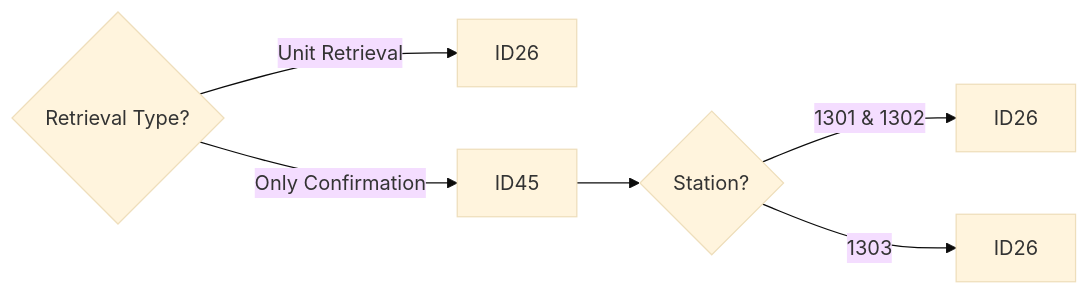
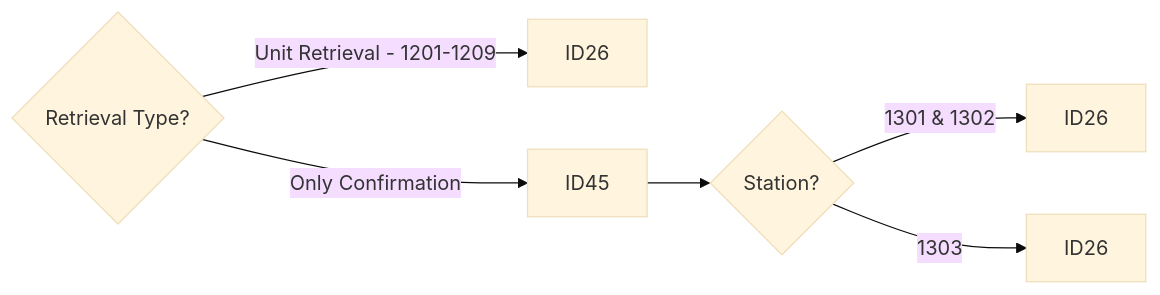
Before and after one commit to luthfiadityaa/SimeDarby-Wiki: the fourth of 16 diagrams in Basic-Design/DFD-WMS/Retrieval/Specific-Location-Retrieval-Setting.md, drawn with Mermaid (base theme).

Commit message:
Updated Specific Location Retrieval Setting

```diff
--- a/Basic-Design/DFD-WMS/Retrieval/Specific-Location-Retrieval-Setting.md
+++ b/Basic-Design/DFD-WMS/Retrieval/Specific-Location-Retrieval-Setting.md
@@ -31,7 +31,7 @@
 ::: mermaid
 flowchart LR
-Cond2{Retrieval Type?}--> |Unit Retrieval| P13[ID26]
+Cond2{Retrieval Type?}--> |Unit Retrieval - 1201-1209| P13[ID26]
 Cond2{Retrieval Type?}--> |Only Confirmation| P14[ID45]-->Cond3{Station?}
 Cond3{Station?}-->|1301 & 1302| P15[ID26]
 Cond3{Station?}-->|1303| P16[ID26] 
 :::
```
